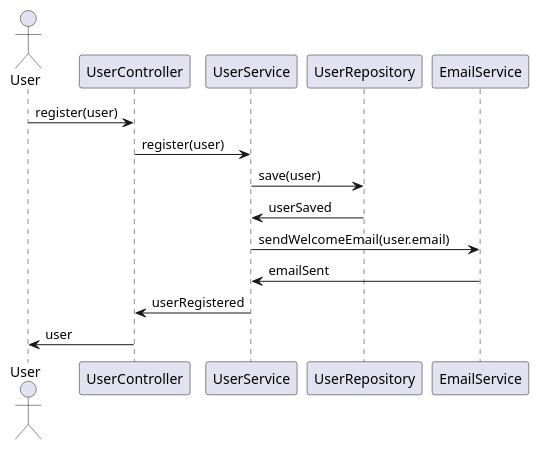
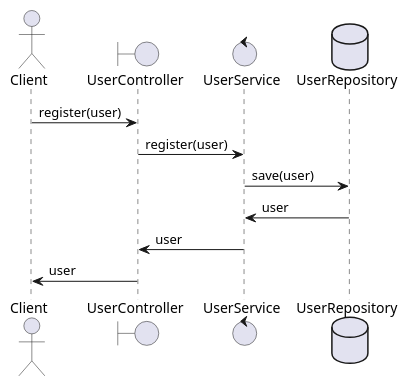
One commit to shreya-cn/autodev.ai changed the first of 6 diagrams in identityprovider/documentation/detaileddesign.adoc. Above: the diagram before and after it, drawn with PlantUML. The commit also changed other lines of this file and 3 other files, not shown here.

````diff
--- a/identityprovider/documentation/detaileddesign.adoc
+++ b/identityprovider/documentation/detaileddesign.adoc
@@ -257,19 +301,15 @@
-[plantuml, user-registration-flow, png]
-----
+```plantuml
 @startuml
-actor User
-participant UserController
-participant UserService
-participant UserRepository
-participant EmailService
+actor Client
+boundary UserController
+control UserService
+database UserRepository
 
-User -> UserController : register(user)
+Client -> UserController : register(user)
 UserController -> UserService : register(user)
 UserService -> UserRepository : save(user)
-UserRepository -> UserService : userSaved
-UserService -> EmailService : sendWelcomeEmail(user.email)
-EmailService -> UserService : emailSent
-UserService -> UserController : userRegistered
-UserController -> User : user
+UserRepository -> UserService : user
+UserService -> UserController : user
+UserController -> Client : user
 @enduml
-----
+```
````
